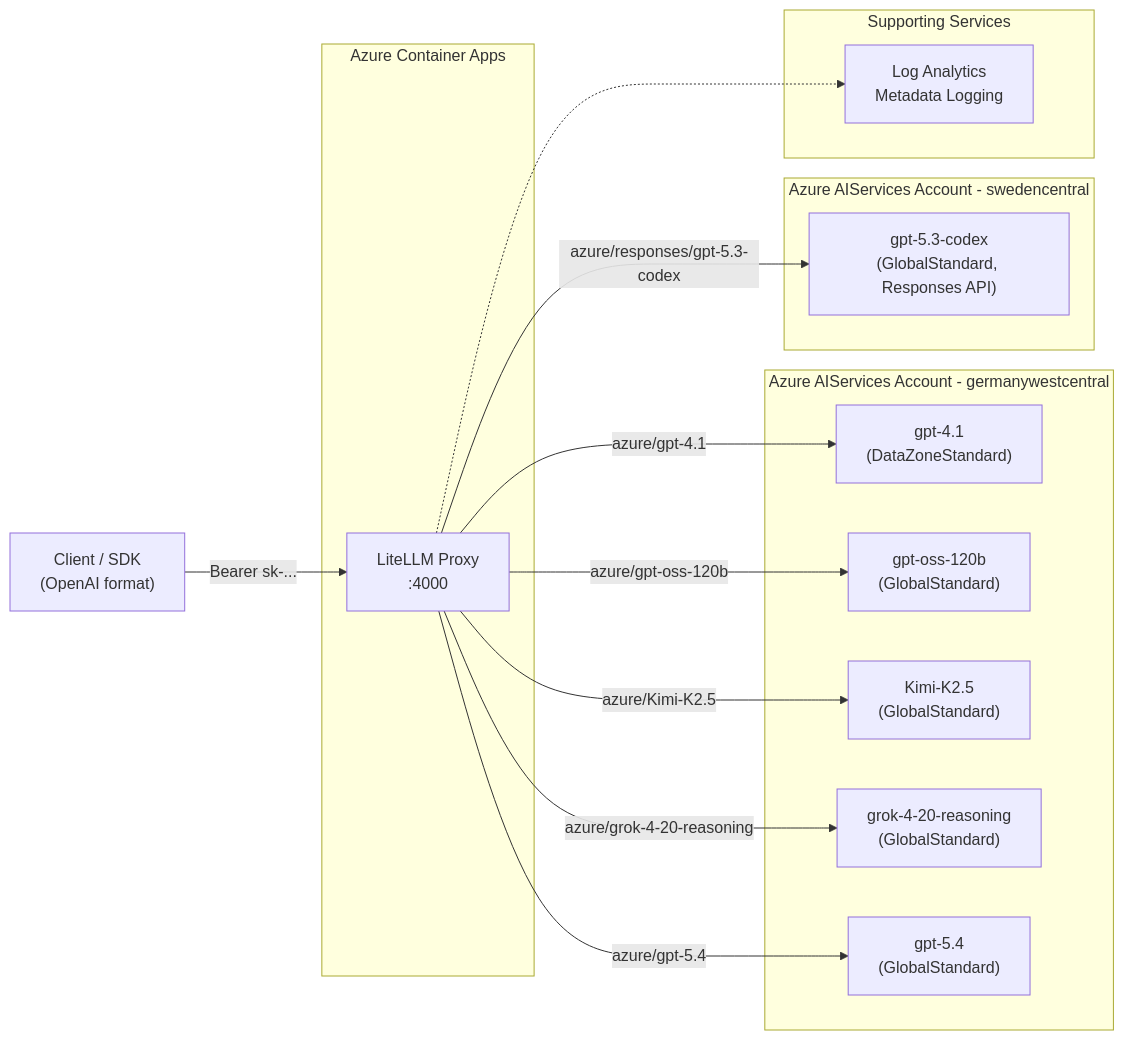
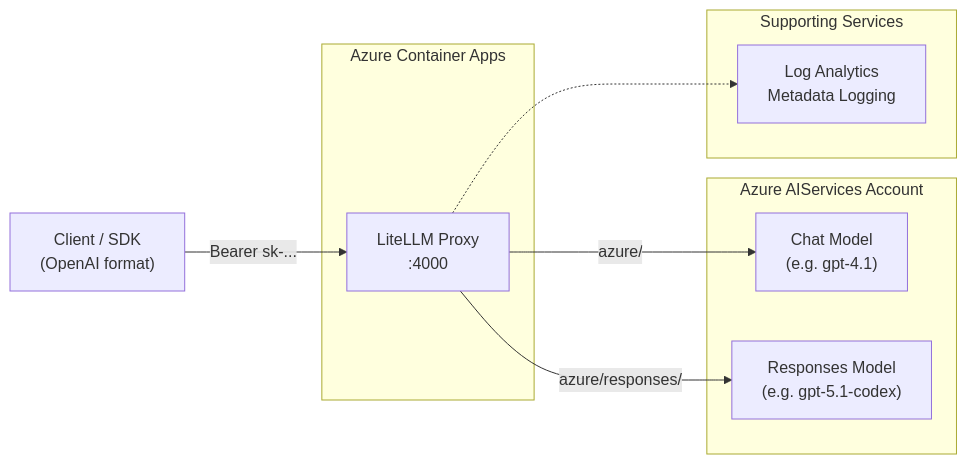
The diagram in README.md (semidark/azure-lit), drawn with Mermaid before and after one commit. The commit also changed other lines of this file and 3 other files, not shown here.

Commit message:
docs: replace PRD/POC with architecture doc

````diff
--- a/README.md
+++ b/README.md
@@ -199,33 +198,22 @@
 ```mermaid
 graph LR
     Client["Client / SDK<br/>(OpenAI format)"] -->|Bearer sk-...| LiteLLM
 
     subgraph Azure Container Apps
         LiteLLM["LiteLLM Proxy<br/>:4000"]
     end
 
-    subgraph Azure AIServices Account - germanywestcentral
-        GPT41["gpt-4.1<br/>(DataZoneStandard)"]
-        OSS["gpt-oss-120b<br/>(GlobalStandard)"]
-        Kimi["Kimi-K2.5<br/>(GlobalStandard)"]
-        Grok["grok-4-20-reasoning<br/>(GlobalStandard)"]
-        GPT54["gpt-5.4<br/>(GlobalStandard)"]
+    subgraph Azure AIServices Account
+        ChatModel["Chat Model<br/>(e.g. gpt-4.1)"]
+        ResponsesModel["Responses Model<br/>(e.g. gpt-5.1-codex)"]
     end
 
-    subgraph Azure AIServices Account - swedencentral
-        Codex["gpt-5.3-codex<br/>(GlobalStandard, Responses API)"]
-    end
-
-    LiteLLM -->|azure/gpt-4.1| GPT41
-    LiteLLM -->|azure/gpt-oss-120b| OSS
-    LiteLLM -->|azure/Kimi-K2.5| Kimi
-    LiteLLM -->|azure/grok-4-20-reasoning| Grok
-    LiteLLM -->|azure/gpt-5.4| GPT54
-    LiteLLM -->|azure/responses/gpt-5.3-codex| Codex
+    LiteLLM -->|azure/<model>| ChatModel
+    LiteLLM -->|azure/responses/<model>| ResponsesModel
 
     subgraph Supporting Services
         LA["Log Analytics<br/>Metadata Logging"]
     end
 
     LiteLLM -.-> LA
 ```
````
